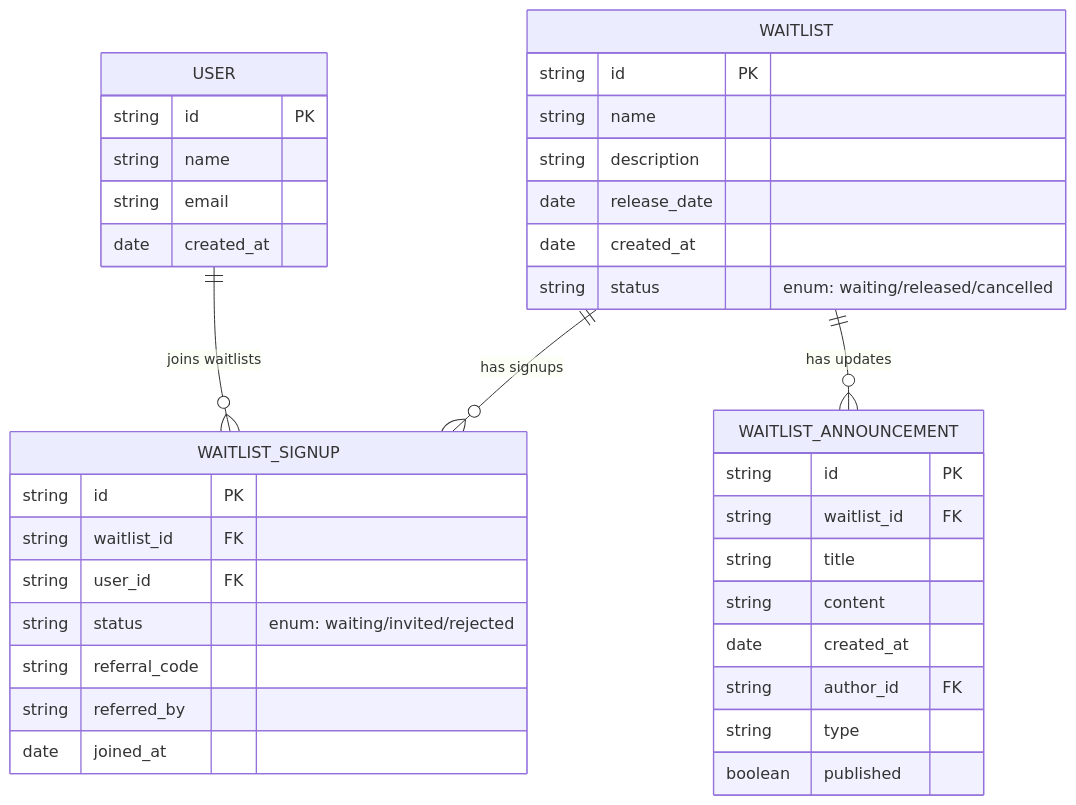
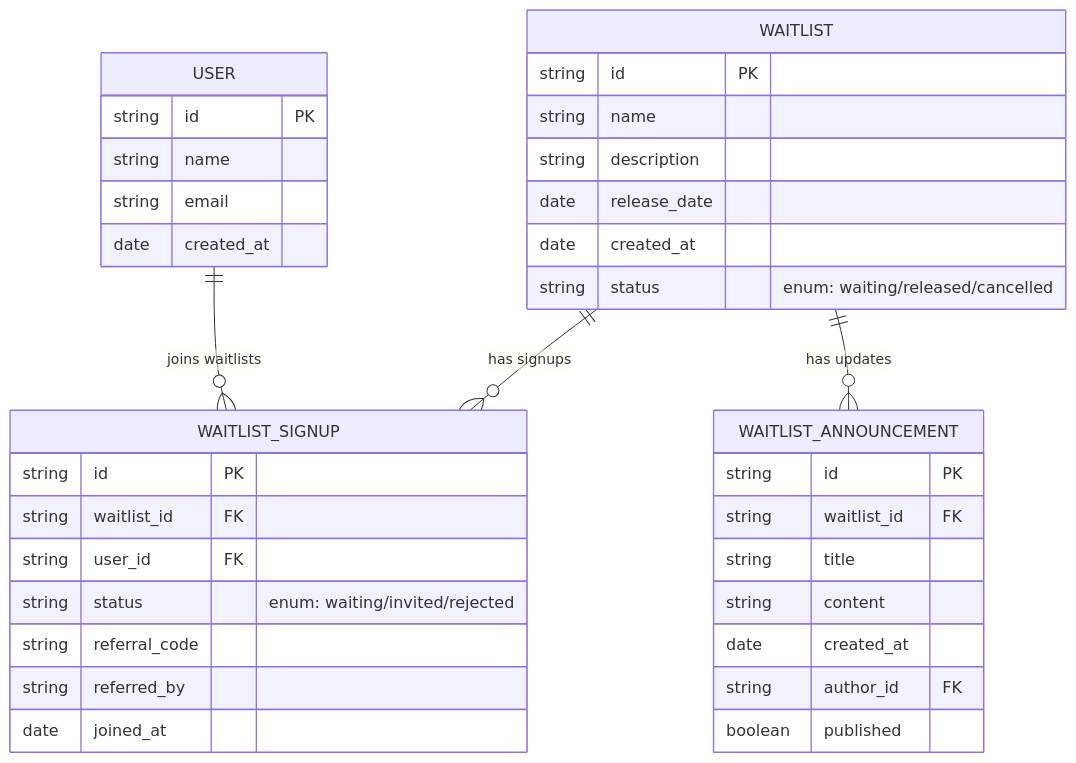
The diagram in docs/erdiagram.mermaid (thezetrax/waitlist-sass-services), drawn with Mermaid before and after one commit. The commit also changed 9 other files, not shown here.

First line of the commit message:
feat: add waitlist tables and reorganize schema

```diff
--- a/docs/erdiagram.mermaid
+++ b/docs/erdiagram.mermaid
@@ -1,40 +1,39 @@
 %% This is an ER diagram for the Waitlist API
 
 erDiagram
     WAITLIST {
         string id PK
         string name
         string description
         date   release_date
         date   created_at
         string status "enum: waiting/released/cancelled"
     }
     USER {
         string id PK
         string name
         string email
         date   created_at
     }
     WAITLIST_SIGNUP {
         string id PK
         string waitlist_id FK
         string user_id FK
         string status "enum: waiting/invited/rejected"
         string referral_code
         string referred_by
         date   joined_at
     }
     WAITLIST_ANNOUNCEMENT {
         string id PK
         string waitlist_id FK
         string title
         string content
         date   created_at
         string author_id FK
-        string type
         boolean published
     }
 
     WAITLIST ||--o{ WAITLIST_SIGNUP : "has signups"
     WAITLIST ||--o{ WAITLIST_ANNOUNCEMENT : "has updates"
     USER ||--o{ WAITLIST_SIGNUP : "joins waitlists"
```
